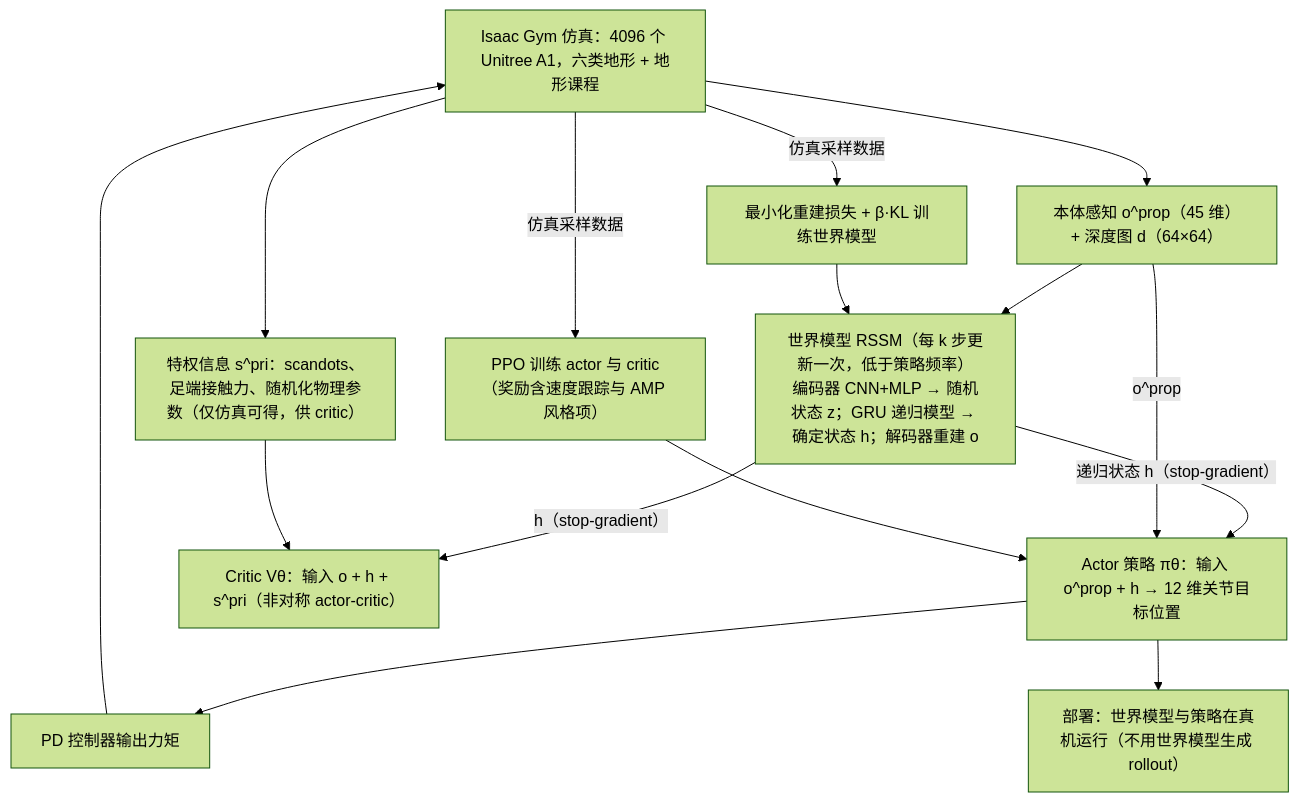
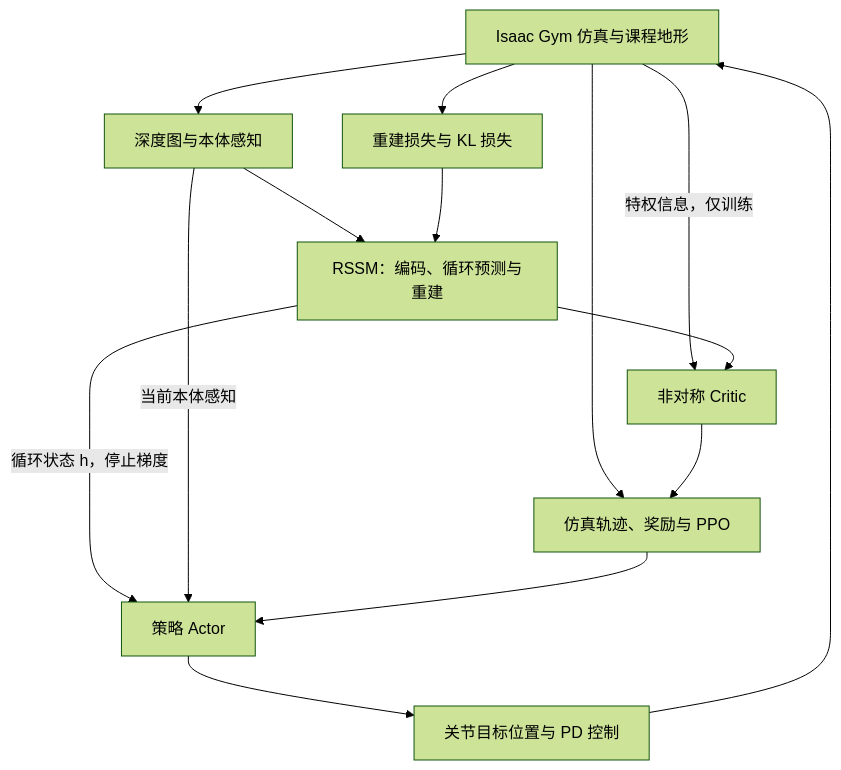
Before and after one commit to ImChong/Robotics_Notebooks: the first of 2 diagrams in wiki/entities/paper-sa-2409-16784-wmp-world-model-based-perception-for-visual-legg.md, drawn with Mermaid (forest theme). The commit also changed other lines of this file, not shown here.

````diff
--- a/wiki/entities/paper-sa-2409-16784-wmp-world-model-based-perception-for-visual-legg.md
+++ b/wiki/entities/paper-sa-2409-16784-wmp-world-model-based-perception-for-visual-legg.md
@@ -47,17 +50,16 @@
 ```mermaid
 flowchart TD
-    A["Isaac Gym 仿真：4096 个 Unitree A1，六类地形 + 地形课程"] --> B["本体感知 o^prop（45 维）+ 深度图 d（64×64）"]
-    A --> P["特权信息 s^pri：scandots、足端接触力、随机化物理参数（仅仿真可得，供 critic）"]
-    B --> W["世界模型 RSSM（每 k 步更新一次，低于策略频率）<br/>编码器 CNN+MLP → 随机状态 z；GRU 递归模型 → 确定状态 h；解码器重建 o"]
-    W -->|"递归状态 h（stop-gradient）"| PI["Actor 策略 πθ：输入 o^prop + h → 12 维关节目标位置"]
-    B -->|"o^prop"| PI
-    W -->|"h（stop-gradient）"| CR["Critic Vθ：输入 o + h + s^pri（非对称 actor-critic）"]
-    P --> CR
-    PI --> PD["PD 控制器输出力矩"]
-    PD --> A
-    A -->|"仿真采样数据"| PPO["PPO 训练 actor 与 critic（奖励含速度跟踪与 AMP 风格项）"]
-    A -->|"仿真采样数据"| WL["最小化重建损失 + β·KL 训练世界模型"]
-    PPO --> PI
-    WL --> W
-    PI --> R["部署：世界模型与策略在真机运行（不用世界模型生成 rollout）"]
+    Sim["Isaac Gym 仿真与课程地形"] --> Obs["深度图与本体感知"]
+    Obs --> WM["RSSM：编码、循环预测与重建"]
+    WM -->|"循环状态 h，停止梯度"| Actor["策略 Actor"]
+    Obs -->|"当前本体感知"| Actor
+    Actor --> PD["关节目标位置与 PD 控制"]
+    PD --> Sim
+    Sim --> PPO["仿真轨迹、奖励与 PPO"]
+    PPO --> Actor
+    Sim --> Train["重建损失与 KL 损失"]
+    Train --> WM
+    Sim -->|"特权信息，仅训练"| Critic["非对称 Critic"]
+    WM --> Critic
+    Critic --> PPO
 ```
````
